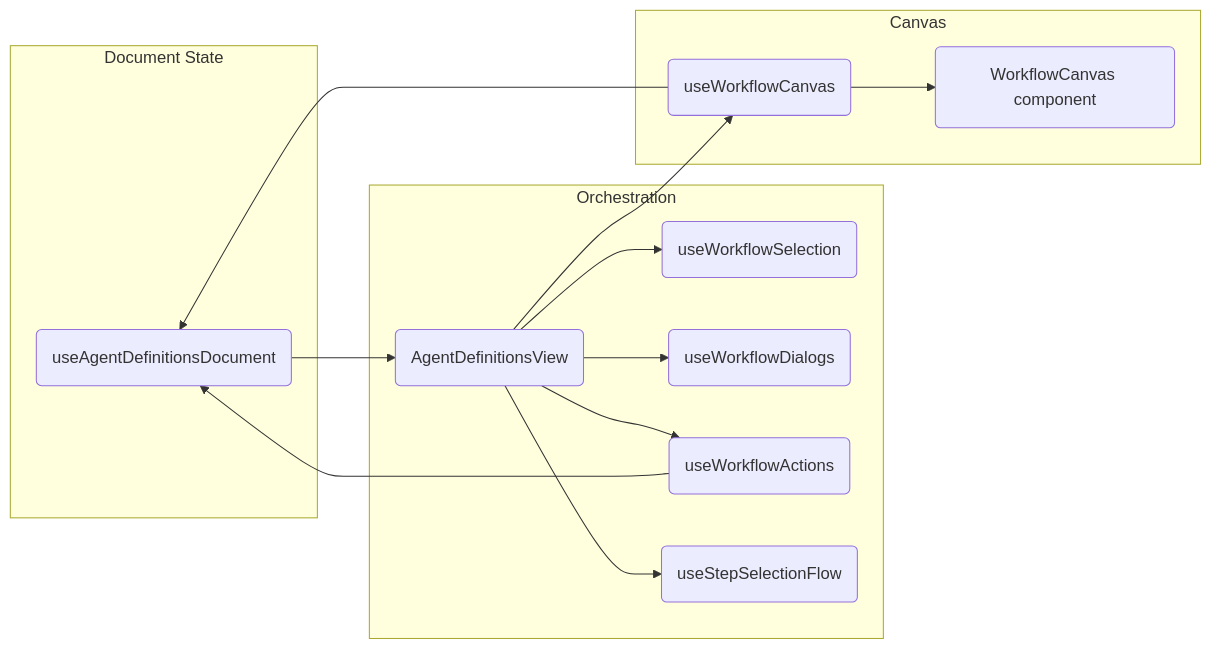
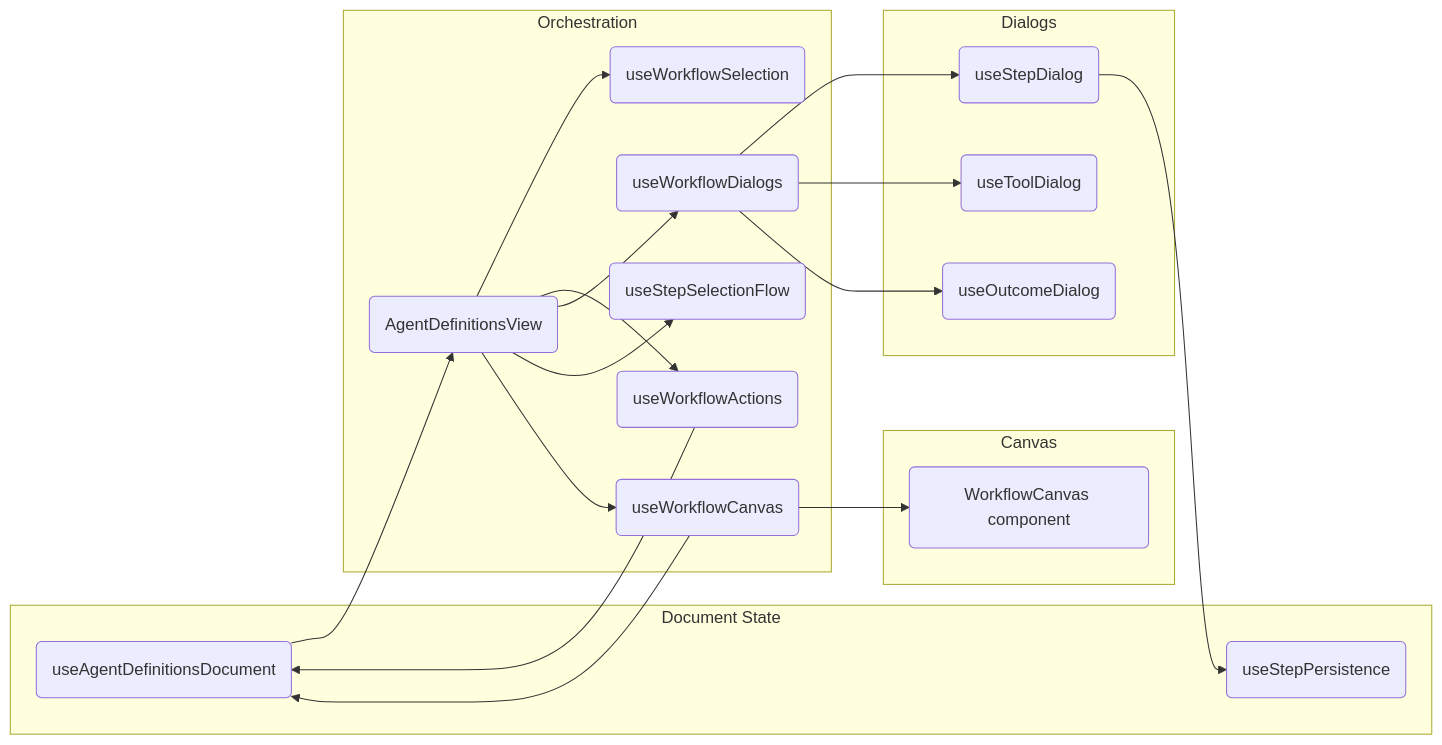
Before and after one commit to ilusoft/magic-agent: the diagram in frontend/README.md, drawn with Mermaid. The commit also changed other lines of this file and 1 other file, not shown here.

Commit message:
Updated README documentation to reflect completed workflow expression language implementation with comprehensive helper catalog, architectural patterns, and testing infrastructure. Added detailed sections on expression engine architecture (tokenizer/parser/evaluator/helper registry), practical usage guidelines, and frontend architecture overview including hook dependency graph, component organization, and testing approach.

````diff
--- a/frontend/README.md
+++ b/frontend/README.md
@@ -15,29 +15,40 @@
 ```mermaid
 flowchart LR
     subgraph Document State
         UAD(useAgentDefinitionsDocument)
+        USP(useStepPersistence)
     end
 
     subgraph Orchestration
         ADV(AgentDefinitionsView)
-        UWS(useWorkflowSelection)
-        UWD(useWorkflowDialogs)
-        UWA(useWorkflowActions)
-        USS(useStepSelectionFlow)
+        UWSel(useWorkflowSelection)
+        UWAct(useWorkflowActions)
+        UWDlg(useWorkflowDialogs)
+        USSFlow(useStepSelectionFlow)
+        UWC(useWorkflowCanvas)
+    end
+
+    subgraph Dialogs
+        USD(useStepDialog)
+        UTD(useToolDialog)
+        UOD(useOutcomeDialog)
     end
 
     subgraph Canvas
-        UWCanvas(useWorkflowCanvas)
         WC(WorkflowCanvas component)
     end
 
     UAD --> ADV
-    ADV --> UWS
-    ADV --> UWD
-    ADV --> UWA
-    ADV --> USS
-    ADV --> UWCanvas
-    UWCanvas --> WC
-    UWA --> UAD
-    UWCanvas --> UAD
+    ADV --> UWSel
+    ADV --> UWAct
+    ADV --> UWDlg
+    ADV --> USSFlow
+    ADV --> UWC
+    UWC --> WC
+    UWAct --> UAD
+    UWC --> UAD
+    UWDlg --> USD
+    UWDlg --> UTD
+    UWDlg --> UOD
+    USD --> USP
 ```
````
